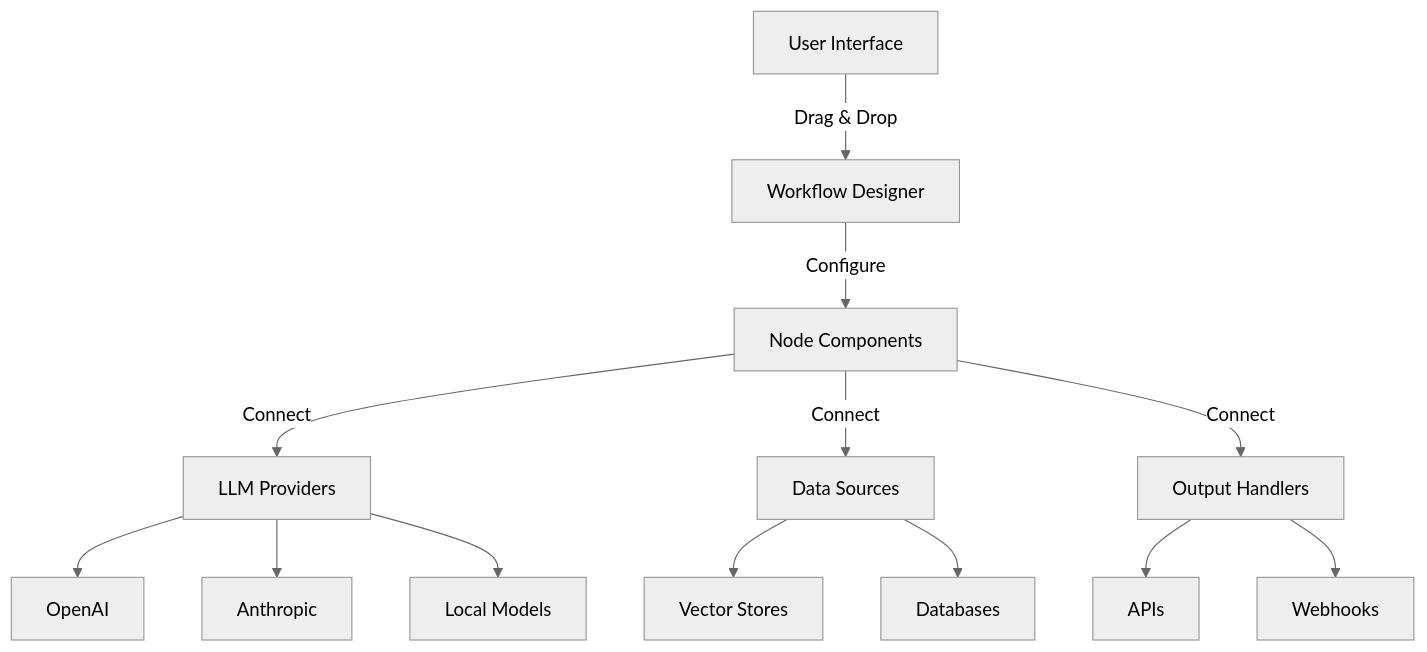
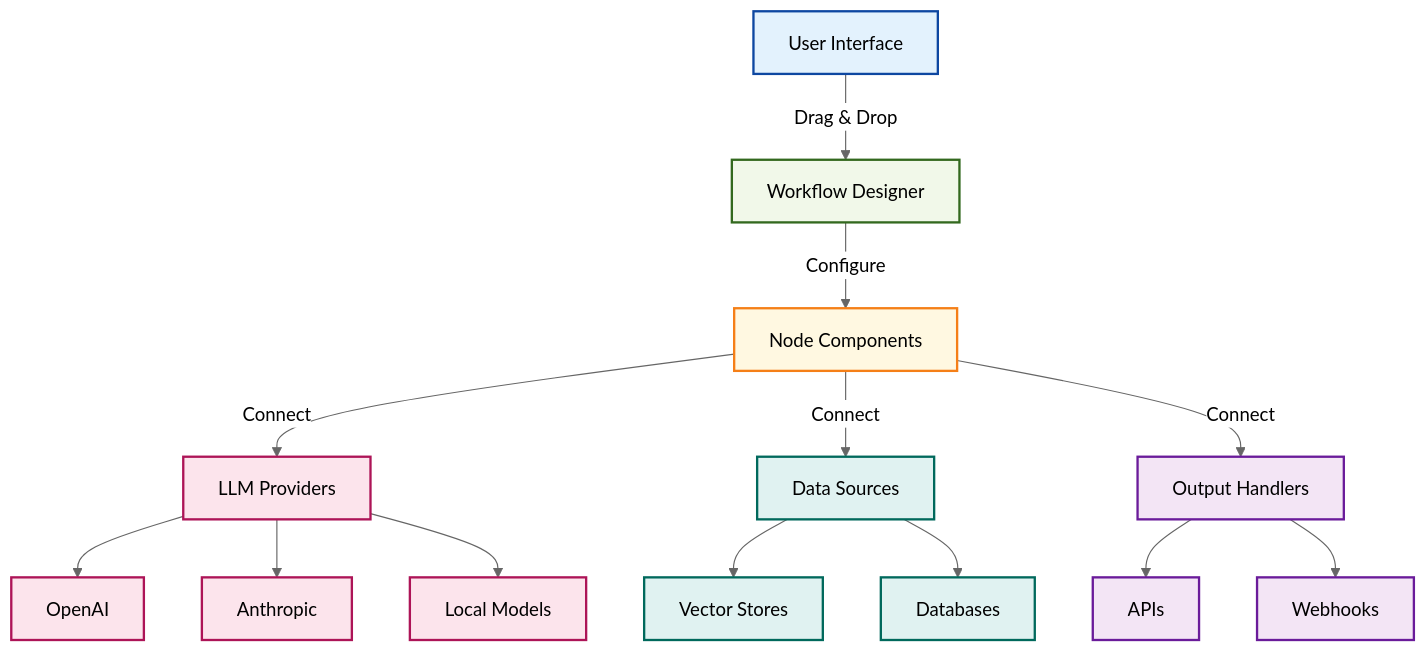
The diagram in docs/services/flowiseai.md (brunseba/ai-dev-local), drawn with Mermaid (neutral theme) before and after one commit. The commit also changed 3 other files, not shown here.

First line of the commit message:
docs: add vibrant colors to service Mermaid diagrams for better visualization

````diff
--- a/docs/services/flowiseai.md
+++ b/docs/services/flowiseai.md
@@ -7,15 +7,31 @@
 ```mermaid
 graph TB
     A[User Interface] -->|Drag & Drop| B[Workflow Designer]
     B -->|Configure| C[Node Components]
     C -->|Connect| D[LLM Providers]
     C -->|Connect| E[Data Sources]
     C -->|Connect| F[Output Handlers]
     D --> G[OpenAI]
     D --> H[Anthropic]
     D --> I[Local Models]
     E --> J[Vector Stores]
     E --> K[Databases]
     F --> L[APIs]
     F --> M[Webhooks]
+    
+    %% Styling
+    classDef uiClass fill:#e3f2fd,stroke:#0d47a1,stroke-width:2px,color:#000
+    classDef designerClass fill:#f1f8e9,stroke:#33691e,stroke-width:2px,color:#000
+    classDef componentClass fill:#fff8e1,stroke:#f57f17,stroke-width:2px,color:#000
+    classDef providerClass fill:#fce4ec,stroke:#ad1457,stroke-width:2px,color:#000
+    classDef dataClass fill:#e0f2f1,stroke:#00695c,stroke-width:2px,color:#000
+    classDef outputClass fill:#f3e5f5,stroke:#6a1b9a,stroke-width:2px,color:#000
+    classDef serviceClass fill:#ede7f6,stroke:#4527a0,stroke-width:2px,color:#000
+    
+    class A uiClass
+    class B designerClass
+    class C componentClass
+    class D,G,H,I providerClass
+    class E,J,K dataClass
+    class F,L,M outputClass
 ```
````
